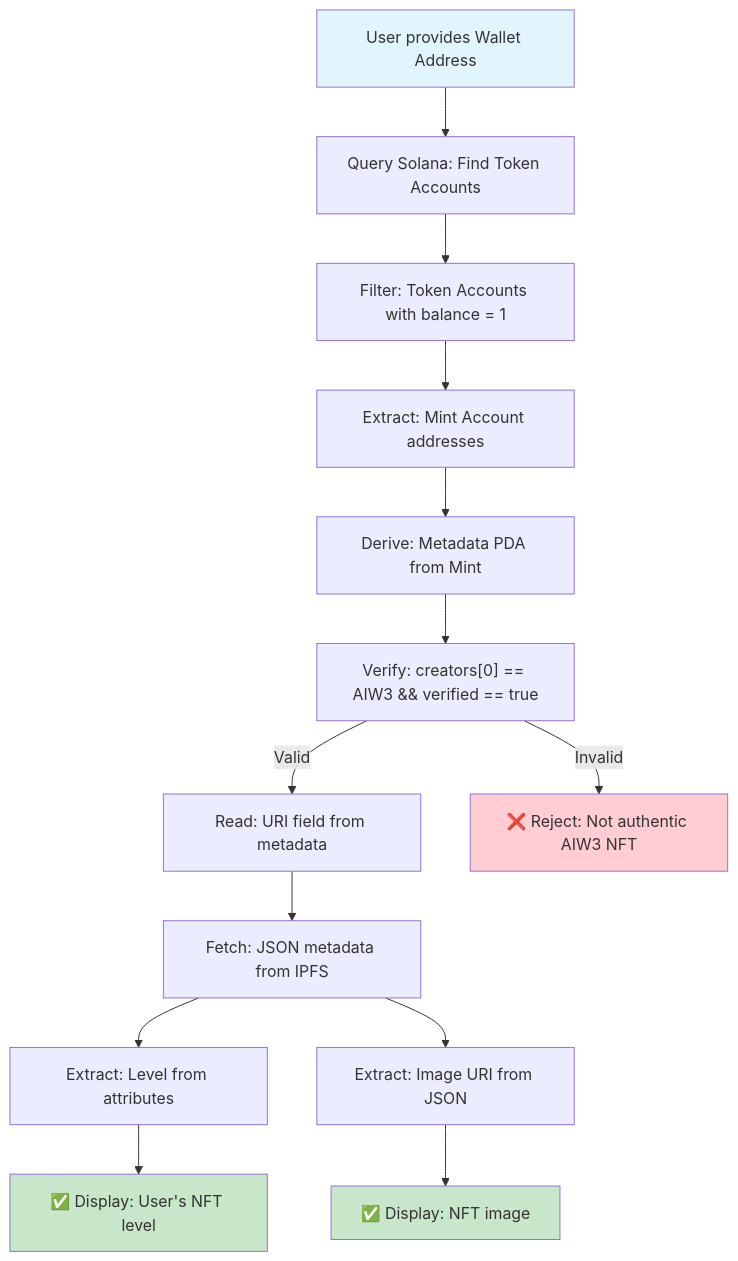
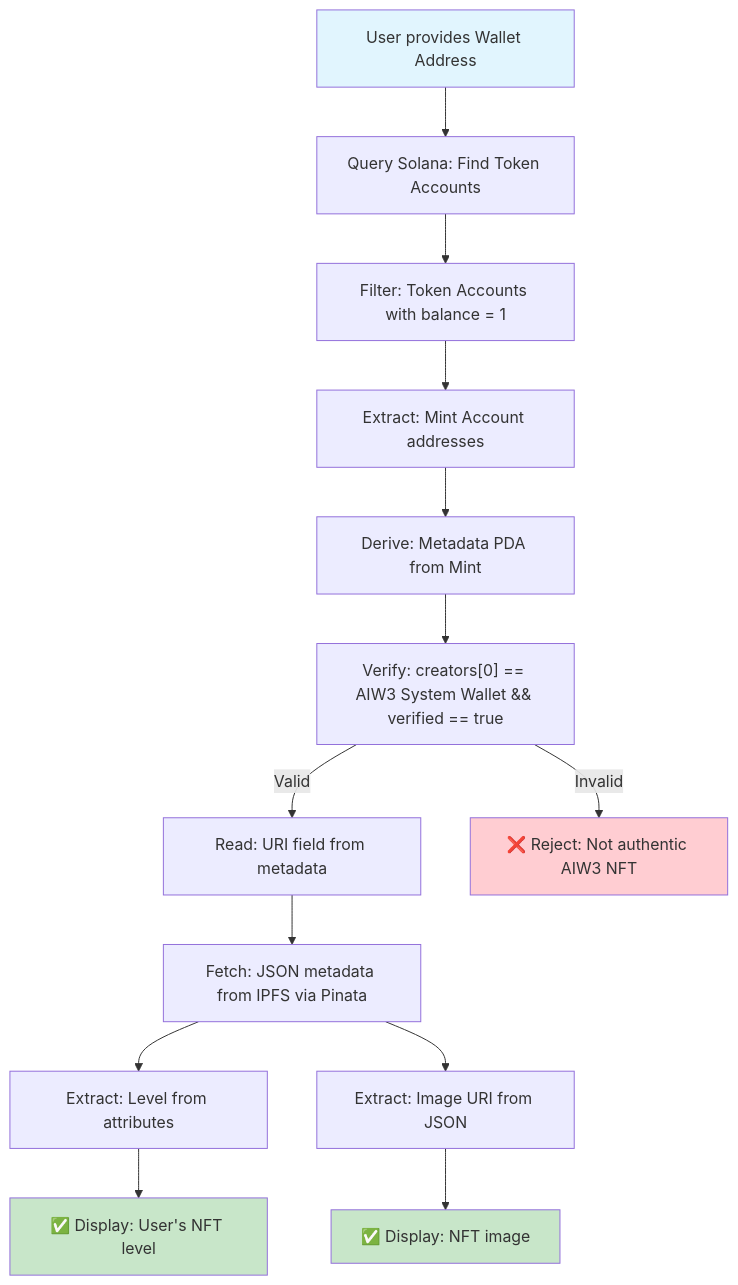
One commit to ljg-cqu/aiw3-nft-solana changed the second of 4 diagrams in docs/AIW3-NFT-System-Design.md. Above: the diagram before and after it, drawn with Mermaid. The commit also changed other lines of this file, not shown here.

Commit message:
docs: fix inconsistencies and reduce redundancy in NFT system design

````diff
--- a/docs/AIW3-NFT-System-Design.md
+++ b/docs/AIW3-NFT-System-Design.md
@@ -251,20 +227,20 @@
 ```mermaid
 flowchart TD
     A["User provides Wallet Address"] --> B["Query Solana: Find Token Accounts"]
     B --> C["Filter: Token Accounts with balance = 1"]
     C --> D["Extract: Mint Account addresses"]
     D --> E["Derive: Metadata PDA from Mint"]
-    E --> F["Verify: creators[0] == AIW3 && verified == true"]
+    E --> F["Verify: creators[0] == AIW3 System Wallet && verified == true"]
     F --> |Valid| G["Read: URI field from metadata"]
     F --> |Invalid| H["❌ Reject: Not authentic AIW3 NFT"]
-    G --> I["Fetch: JSON metadata from IPFS"]
+    G --> I["Fetch: JSON metadata from IPFS via Pinata"]
     I --> J["Extract: Level from attributes"]
     I --> K["Extract: Image URI from JSON"]
     J --> L["✅ Display: User's NFT level"]
     K --> M["✅ Display: NFT image"]
 
     style A fill:#e1f5fe
     style L fill:#c8e6c9
     style M fill:#c8e6c9
     style H fill:#ffcdd2
 ```
````
